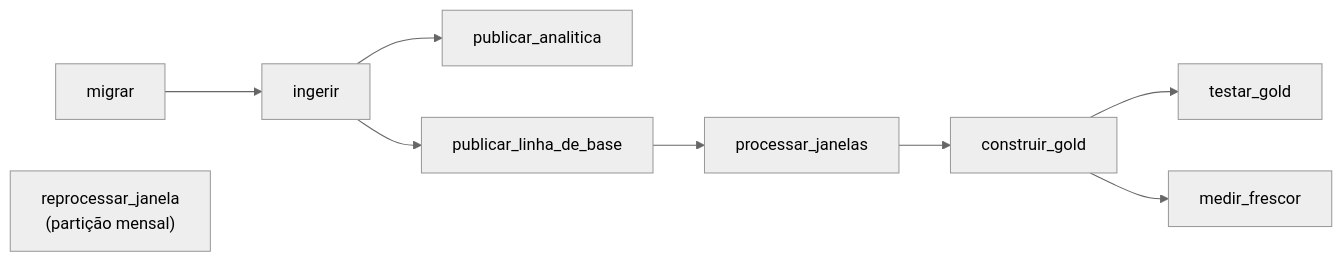
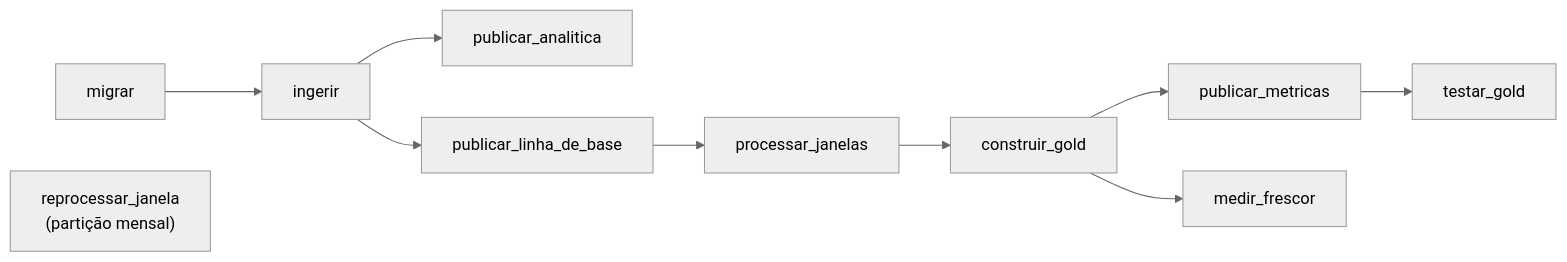
The diagram in docs/orquestracao.md (daviegito/bd2_2026_2_eduinfra), drawn with Mermaid (neutral theme) before and after one commit. The commit also changed other lines of this file and 5 other files, not shown here.

````diff
--- a/docs/orquestracao.md
+++ b/docs/orquestracao.md
@@ -16,11 +16,12 @@
 ```mermaid
 flowchart LR
     MIGRAR["migrar"] --> INGERIR["ingerir"]
     INGERIR --> ANALITICA["publicar_analitica"]
     INGERIR --> BASE["publicar_linha_de_base"]
     BASE --> JANELAS["processar_janelas"]
     JANELAS --> GOLD["construir_gold"]
-    GOLD --> TESTES["testar_gold"]
+    GOLD --> METRICAS["publicar_metricas"]
+    METRICAS --> TESTES["testar_gold"]
     GOLD --> FRESCOR["medir_frescor"]
     REPROC["reprocessar_janela<br/>(partição mensal)"]
 ```
````
